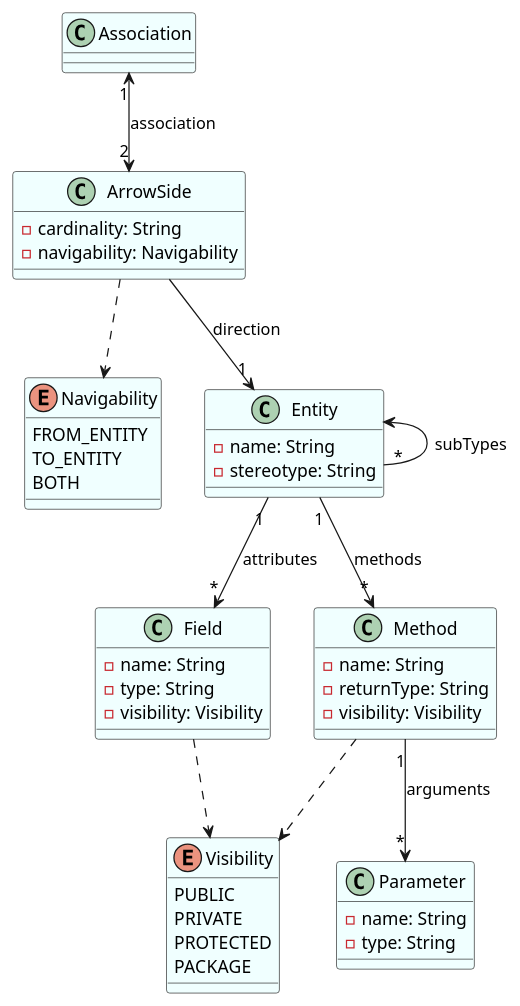
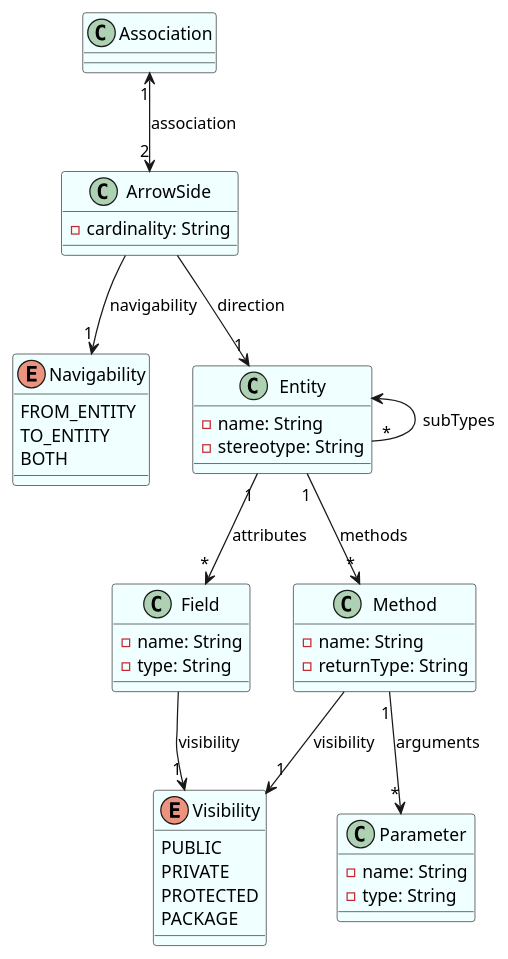
The diagram in design/plantUML_files/BELIN_BABILLON_plantUML.pu (forax/umldoc), drawn with PlantUML before and after one commit. The commit also changed 1 other file, not shown here.

Commit message:
update plantUML diagram and add a carriage return in ClassDiagram.md.

```diff
--- a/design/plantUML_files/BELIN_BABILLON_plantUML.pu
+++ b/design/plantUML_files/BELIN_BABILLON_plantUML.pu
@@ -1,59 +1,56 @@
 @startuml BELIN_BABILLON_planUML
 
 skinparam class {
     BackgroundColor Azure
 }
 
 enum Navigability {
     FROM_ENTITY
     TO_ENTITY
     BOTH
 }
 
 enum Visibility {
     PUBLIC
     PRIVATE
     PROTECTED
     PACKAGE
 }
 
 class Association
 
 class ArrowSide {
     -cardinality: String
-    -navigability: Navigability
 }
 
 class Entity {
     -name: String
     -stereotype: String
 }
 
 class Field {
     -name: String
     -type: String
-    -visibility: Visibility
 }
 
 class Method {
     -name: String
     -returnType: String
-    -visibility: Visibility
 }
 
 class Parameter {
     -name: String
     -type: String
 }
 
 Association "1" <--> "2" ArrowSide: association
 ArrowSide --> "1" Entity: direction
-ArrowSide ..> Navigability
+ArrowSide --> "1" Navigability: navigability
 Entity <-- "*" Entity: subTypes
 Entity "1" --> "*" Field: attributes
 Entity "1" --> "*" Method: methods
 Method "1" --> "*" Parameter: arguments
-Method ..> Visibility
-Field ..> Visibility
+Method --> "1" Visibility: visibility
+Field --> "1" Visibility: visibility
 
 @enduml
```
